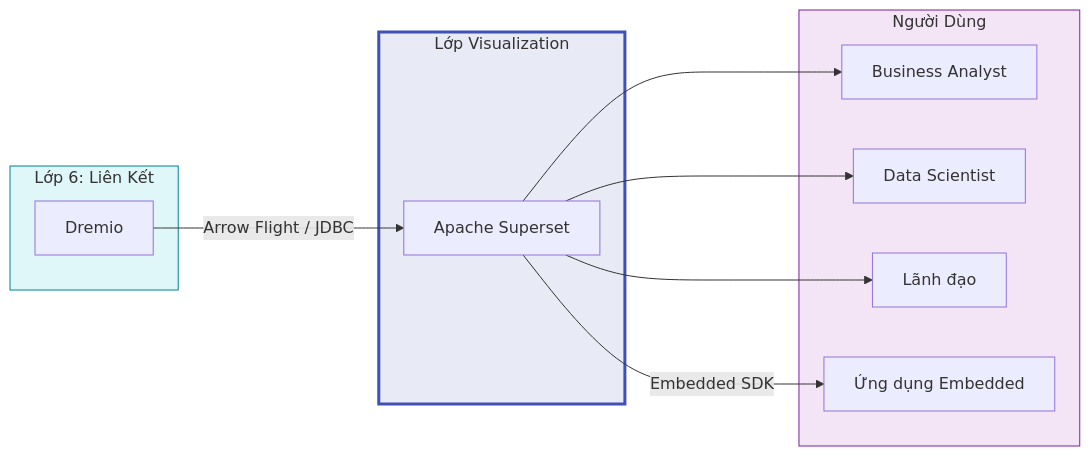
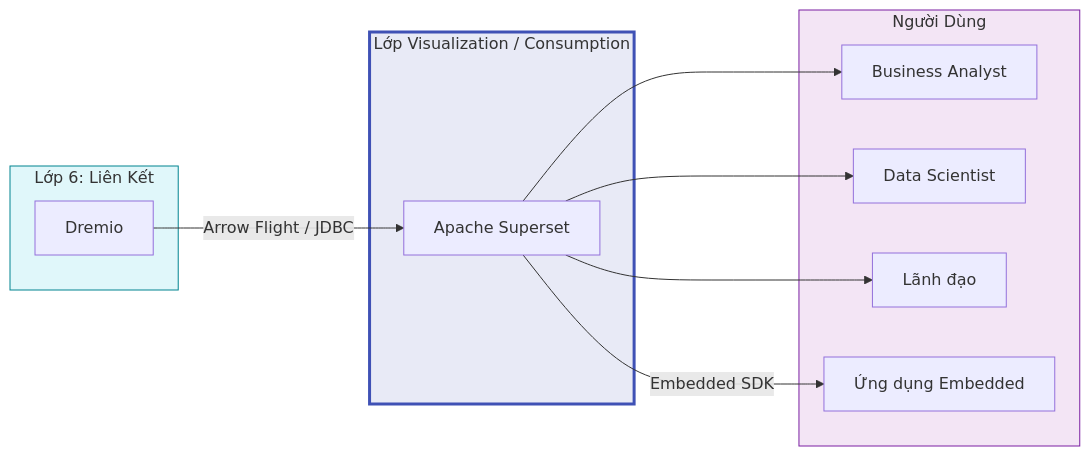
Before and after one commit to trangtoan293/hanas-doc: the diagram in website/docs/13-visualization/README.md, drawn with Mermaid. The commit also changed 133 other files, not shown here.

````diff
--- a/website/docs/13-visualization/README.md
+++ b/website/docs/13-visualization/README.md
@@ -7,27 +7,27 @@
 ```mermaid
 flowchart LR
     subgraph L6["Lớp 6: Liên Kết"]
         Dremio[Dremio]
     end
 
-    subgraph L13["Lớp Visualization"]
+    subgraph L7["Lớp Visualization / Consumption"]
         Superset[Apache Superset]
     end
 
     subgraph Users["Người Dùng"]
         BA[Business Analyst]
         DS[Data Scientist]
         Exec[Lãnh đạo]
         App[Ứng dụng Embedded]
     end
 
     Dremio -->|Arrow Flight / JDBC| Superset
     Superset --> BA
     Superset --> DS
     Superset --> Exec
     Superset -->|Embedded SDK| App
 
     style L6 fill:#e0f7fa,stroke:#00838f
-    style L13 fill:#e8eaf6,stroke:#3f51b5,stroke-width:3px
+    style L7 fill:#e8eaf6,stroke:#3f51b5,stroke-width:3px
     style Users fill:#f3e5f5,stroke:#7b1fa2
 ```
````
